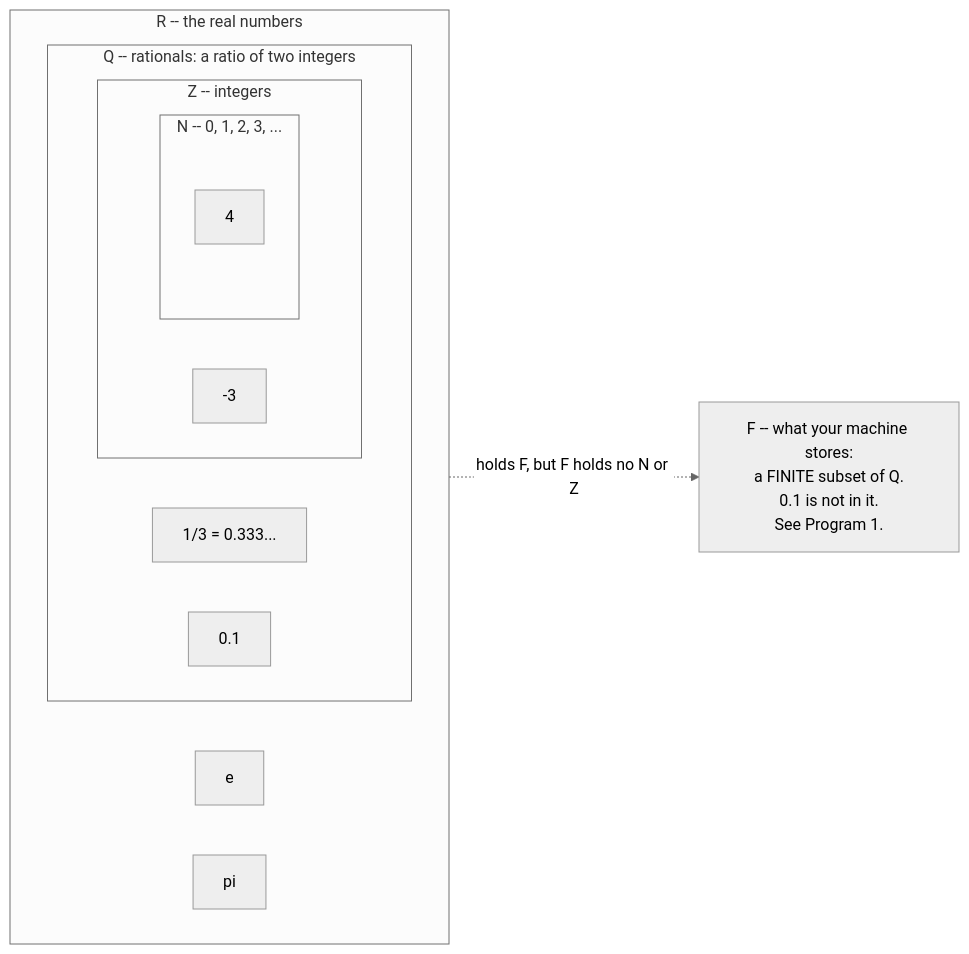
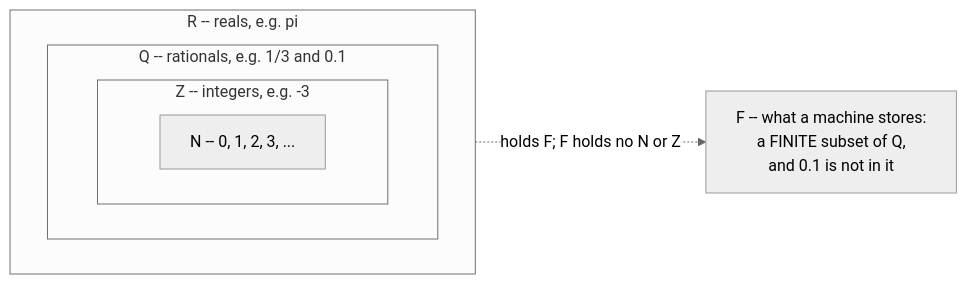
The diagram in figures/mermaid/en/f01-number-sets.mmd (konradcinkusz/math-for-ai-engineers), drawn with Mermaid (neutral theme) before and after one commit. The commit also changed 24 other files, not shown here.

```diff
--- a/figures/mermaid/en/f01-number-sets.mmd
+++ b/figures/mermaid/en/f01-number-sets.mmd
@@ -1,21 +1,13 @@
 flowchart LR
-  subgraph R["R -- the real numbers"]
+  subgraph R["R -- reals, e.g. pi"]
     direction LR
-    subgraph Q["Q -- rationals: a ratio of two integers"]
+    subgraph Q["Q -- rationals, e.g. 1/3 and 0.1"]
       direction LR
-      subgraph Z["Z -- integers"]
+      subgraph Z["Z -- integers, e.g. -3"]
         direction LR
-        subgraph N["N -- 0, 1, 2, 3, ..."]
-          n1["4"]
-        end
-        z1["-3"]
+        N["N -- 0, 1, 2, 3, ..."]
       end
-      q1["1/3 = 0.333..."]
-      q2["0.1"]
     end
-    r1["e"]
-    r2["pi"]
   end
-
-  F["F -- what your machine stores:<br/>a FINITE subset of Q.<br/>0.1 is not in it.<br/>See Program 1."]
-  Q -. "holds F, but F holds no N or Z" .-> F
+  F["F -- what a machine stores:<br/>a FINITE subset of Q,<br/>and 0.1 is not in it"]
+  Q -. "holds F; F holds no N or Z" .-> F
```
